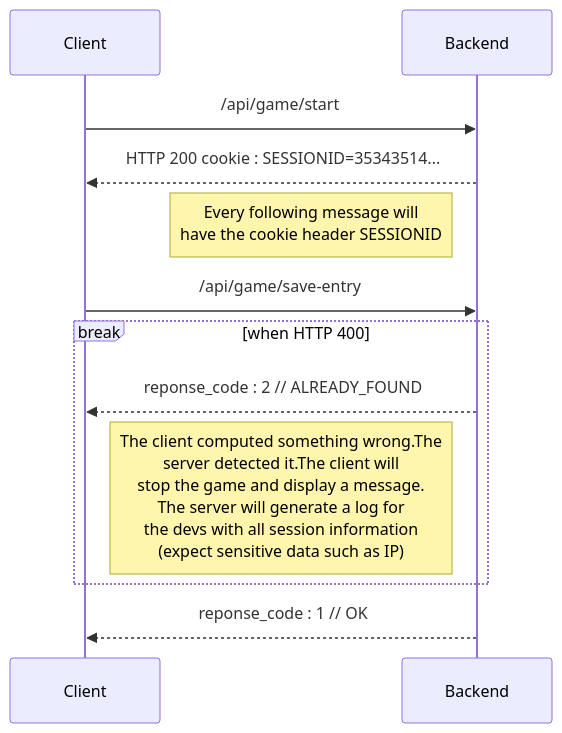
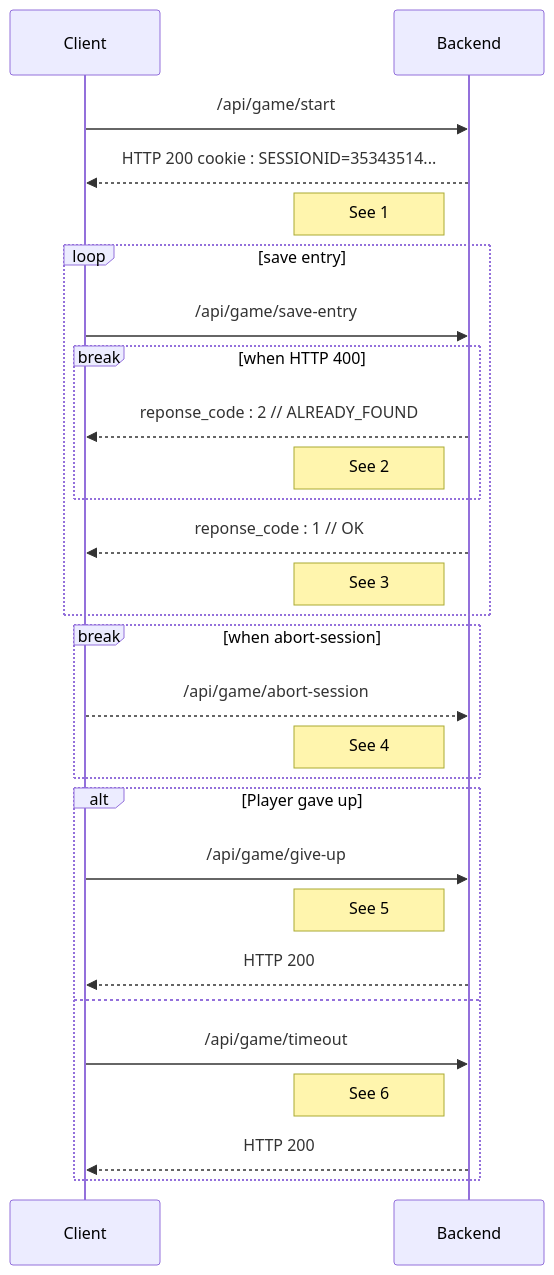
The diagram in docs/backend/routes/game.md (ArnoBidet/wanderways-doc), drawn with Mermaid before and after one commit. The commit also changed other lines of this file and 1 other file, not shown here.

Commit message:
main[ADD]: Ajout de la suite du diagramme de séquence

````diff
--- a/docs/backend/routes/game.md
+++ b/docs/backend/routes/game.md
@@ -9,13 +9,31 @@
 ```mermaid
 sequenceDiagram
     Client->>Backend: /api/game/start
     Backend-->>Client: HTTP 200 cookie : SESSIONID=35343514...
-    Note left of Backend: Every following message will<br>have the cookie header SESSIONID
+    Note left of Backend: See 1
 
-    Client->>Backend: /api/game/save-entry
-    break when HTTP 400
-      Backend-->>Client: reponse_code : 2 // ALREADY_FOUND
-        Note left of Backend: The client computed something wrong.The<br>server detected it.The client will<br>stop the game and display a message.<br>The server will generate a log for<br>the devs with all session information<br>(expect sensitive data such as IP)
+    loop save entry
+        Client->>Backend: /api/game/save-entry
+        break when HTTP 400
+          Backend-->>Client: reponse_code : 2 // ALREADY_FOUND
+            Note left of Backend: See 2
+        end
+        Backend-->>Client: reponse_code : 1 // OK
+        Note left of Backend: See 3
     end
-    Backend-->>Client: reponse_code : 1 // OK
+
+    break when abort-session
+      Client-->>Backend: /api/game/abort-session
+      Note left of Backend: See 4
+    end
+
+    alt Player gave up
+      Client->>Backend: /api/game/give-up
+      Note left of Backend: See 5
+      Backend-->>Client: HTTP 200
+    else
+      Client->>Backend: /api/game/timeout
+      Note left of Backend: See 6
+      Backend-->>Client: HTTP 200
+    end
 ```
````
